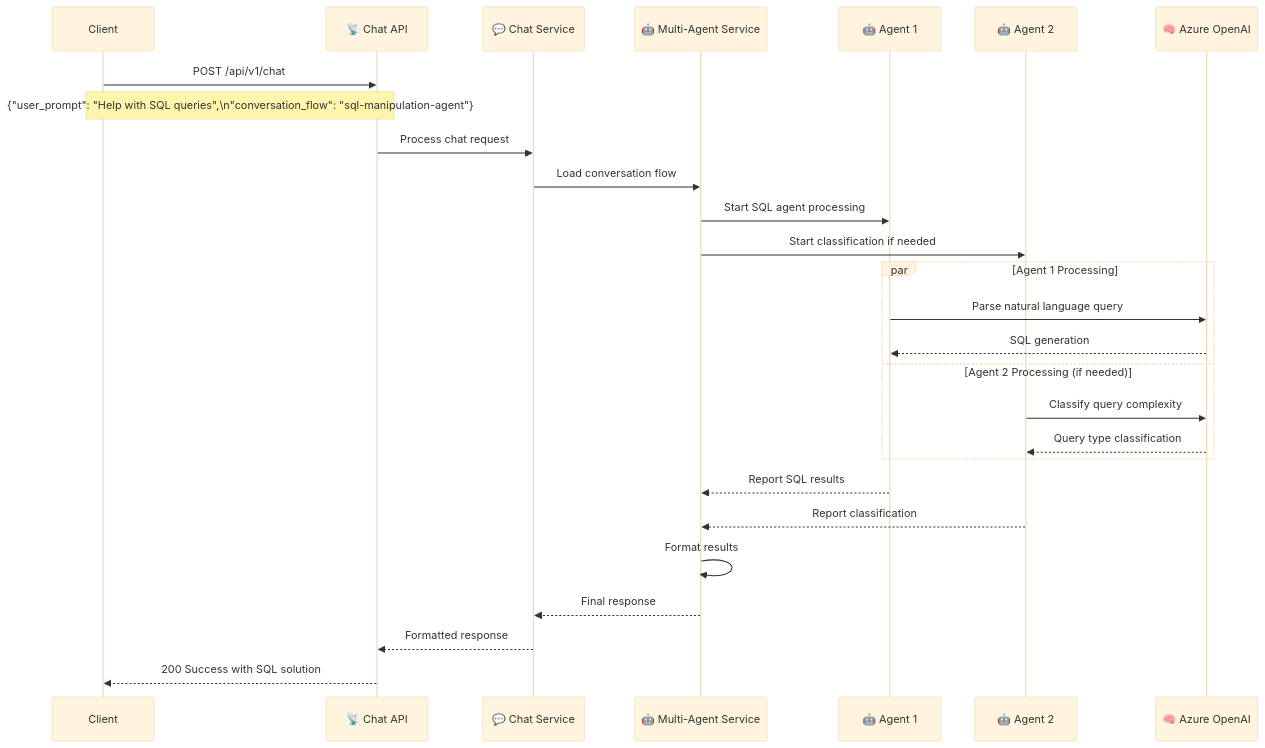
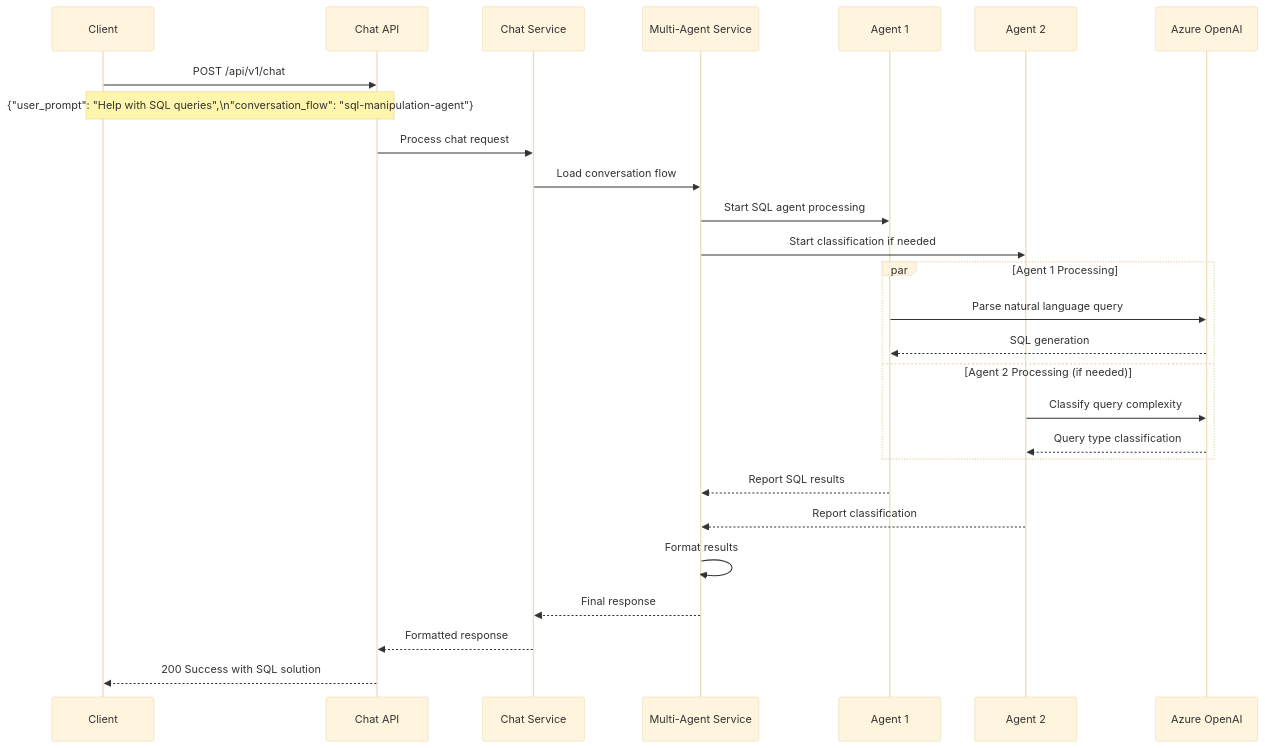
One commit to the-ingenious-dark-knight/Insight_Ingenious changed the fifth of 6 diagrams in docs/api/README.md. Above: the diagram before and after it, drawn with Mermaid (base theme). The commit also changed other lines of this file and 4 other files, not shown here.

````diff
--- a/docs/api/README.md
+++ b/docs/api/README.md
@@ -204,35 +204,35 @@
 ```mermaid
 sequenceDiagram
     participant Client
-    participant API as 📡 Chat API
-    participant ChatService as 💬 Chat Service
-    participant MultiAgentService as 🤖 Multi-Agent Service
-    participant Agent1 as 🤖 Agent 1
-    participant Agent2 as 🤖 Agent 2
-    participant LLM as 🧠 Azure OpenAI
+    participant API as Chat API
+    participant ChatService as Chat Service
+    participant MultiAgentService as Multi-Agent Service
+    participant Agent1 as Agent 1
+    participant Agent2 as Agent 2
+    participant LLM as Azure OpenAI
 
     Client->>API: POST /api/v1/chat
     Note over Client,API: {"user_prompt": "Help with SQL queries",\n"conversation_flow": "sql-manipulation-agent"}
 
     API->>ChatService: Process chat request
     ChatService->>MultiAgentService: Load conversation flow
 
     MultiAgentService->>Agent1: Start SQL agent processing
     MultiAgentService->>Agent2: Start classification if needed
 
     par Agent 1 Processing
         Agent1->>LLM: Parse natural language query
         LLM-->>Agent1: SQL generation
     and Agent 2 Processing (if needed)
         Agent2->>LLM: Classify query complexity
         LLM-->>Agent2: Query type classification
     end
 
     Agent1-->>MultiAgentService: Report SQL results
     Agent2-->>MultiAgentService: Report classification
 
     MultiAgentService->>MultiAgentService: Format results
     MultiAgentService-->>ChatService: Final response
     ChatService-->>API: Formatted response
     API-->>Client: 200 Success with SQL solution
 ```
````
